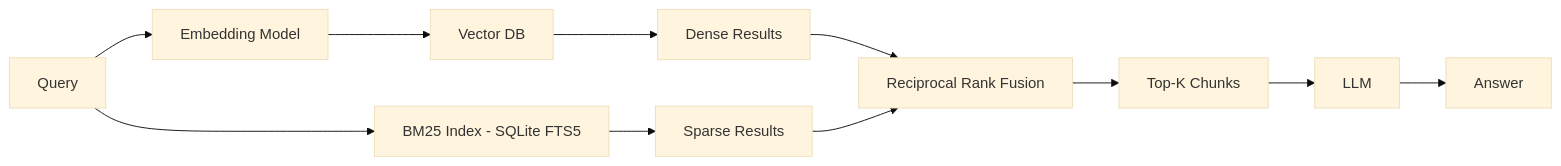
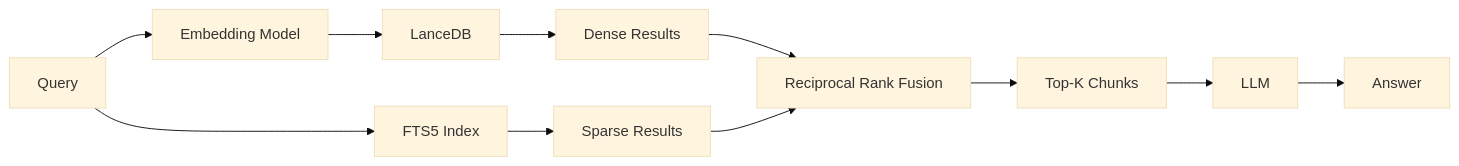
Before and after one commit to npwa/hybrid_rag: the diagram in README.md, drawn with Mermaid (base theme). The commit also changed 1 other file, not shown here.

Commit message:
Lock in LanceDB and FTS5 as Step 4 indexing choices
- Rename README diagram boxes to the actual chosen technologies
  (LanceDB, FTS5 Index) instead of generic pattern labels
  (Vector DB, BM25 Index).
- Mark both as confirmed in Doc/step-4-requirements.md, dropping the
  earlier "recommendation, revisit if smaller" hedge now that they're
  settled decisions rather than scale-driven suggestions.

````diff
--- a/README.md
+++ b/README.md
@@ -8,16 +8,16 @@
 ```mermaid
 graph LR
     Query[Query] --> EM[Embedding Model]
-    EM --> VDB[Vector DB]
+    EM --> VDB[LanceDB]
     VDB --> DR[Dense Results]
     
-    Query --> BM25[BM25 Index - SQLite FTS5]
+    Query --> BM25[FTS5 Index]
     BM25 --> SR[Sparse Results]
     
     DR --> RRF[Reciprocal Rank Fusion]
     SR --> RRF
     
     RRF --> TopK[Top-K Chunks]
     TopK --> LLM[LLM]
     LLM --> Answer[Answer]
 ```
````
